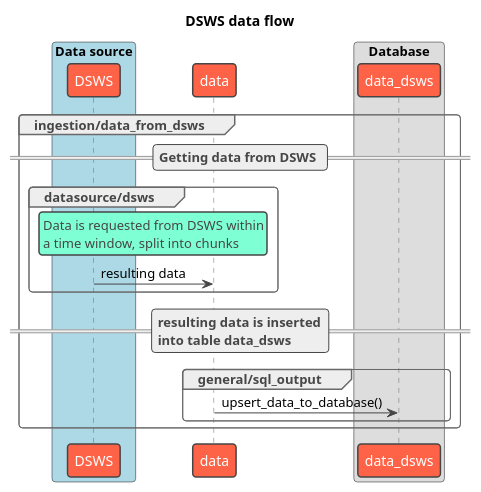
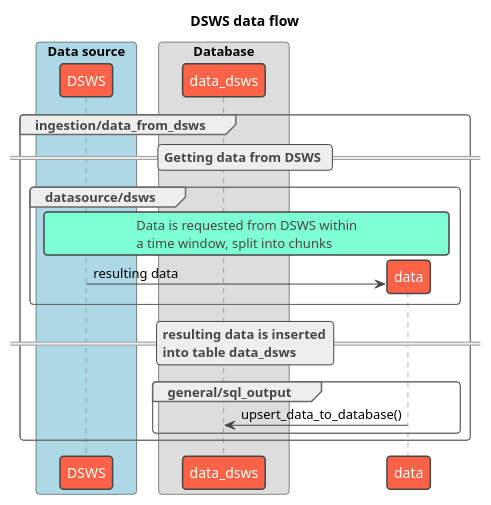
Before and after one commit to asklora/DROID_V2.1: the diagram in docs/dsws_flow.wsd, drawn with PlantUML. The commit also changed 3 other files, not shown here.

Commit message:
updated all flows

```diff
--- a/docs/dsws_flow.wsd
+++ b/docs/dsws_flow.wsd
@@ -1,37 +1,40 @@
 @startuml dsws
 
 title "DSWS data flow"
 
 !theme vibrant
 
 skinparam shadowing false
 skinparam defaultFontName Ubuntu
+skinparam ParticipantPadding 20
+skinparam BoxPadding 10
 
 box "Data source" #LightBlue
 participant DSWS
 end box
-participant data
 box "Database"
 participant data_dsws
+end box
 
 group ingestion/data_from_dsws
     == Getting data from DSWS ==
 
     group datasource/dsws
+        create data
         rnote over DSWS, data
         Data is requested from DSWS within
         a time window, split into chunks
         end note
 
         DSWS -> data : resulting data
     end
 
     == resulting data is inserted\ninto table data_dsws ==
 
     group general/sql_output
         data -> data_dsws : upsert_data_to_database()
     end
 
 end
 
 @enduml
```
